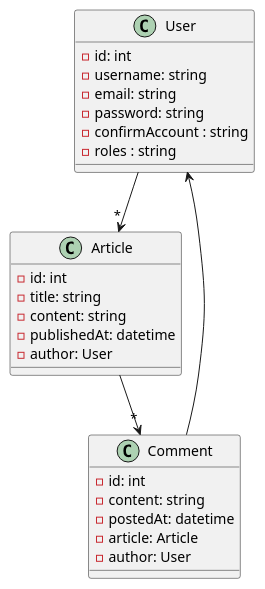
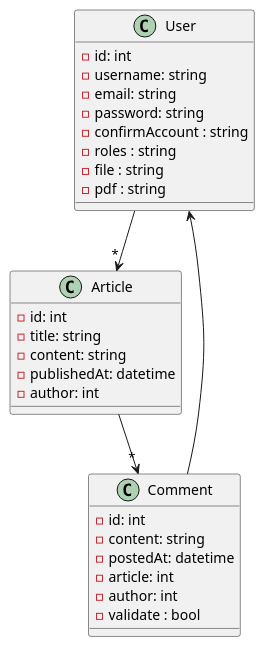
The diagram in schémas/classe.puml (Waarrez/Projet-5-Openclassrooms), drawn with PlantUML before and after one commit. The commit also changed 2 other files, not shown here.

```diff
--- a/schémas/classe.puml
+++ b/schémas/classe.puml
@@ -1,32 +1,35 @@
 @startuml
 
 class User {
   - id: int
   - username: string
   - email: string
   - password: string
   - confirmAccount : string
   - roles : string
+  - file : string
+  - pdf : string
 }
 
 class Article {
   - id: int
   - title: string
   - content: string
   - publishedAt: datetime
-  - author: User
+  - author: int
 }
 
 class Comment {
   - id: int
   - content: string
   - postedAt: datetime
-  - article: Article
-  - author: User
+  - article: int
+  - author: int
+  - validate : bool
 }
 
 User --> "*" Article
 Article --> "*" Comment
 Comment --> User
 
 @enduml
```
